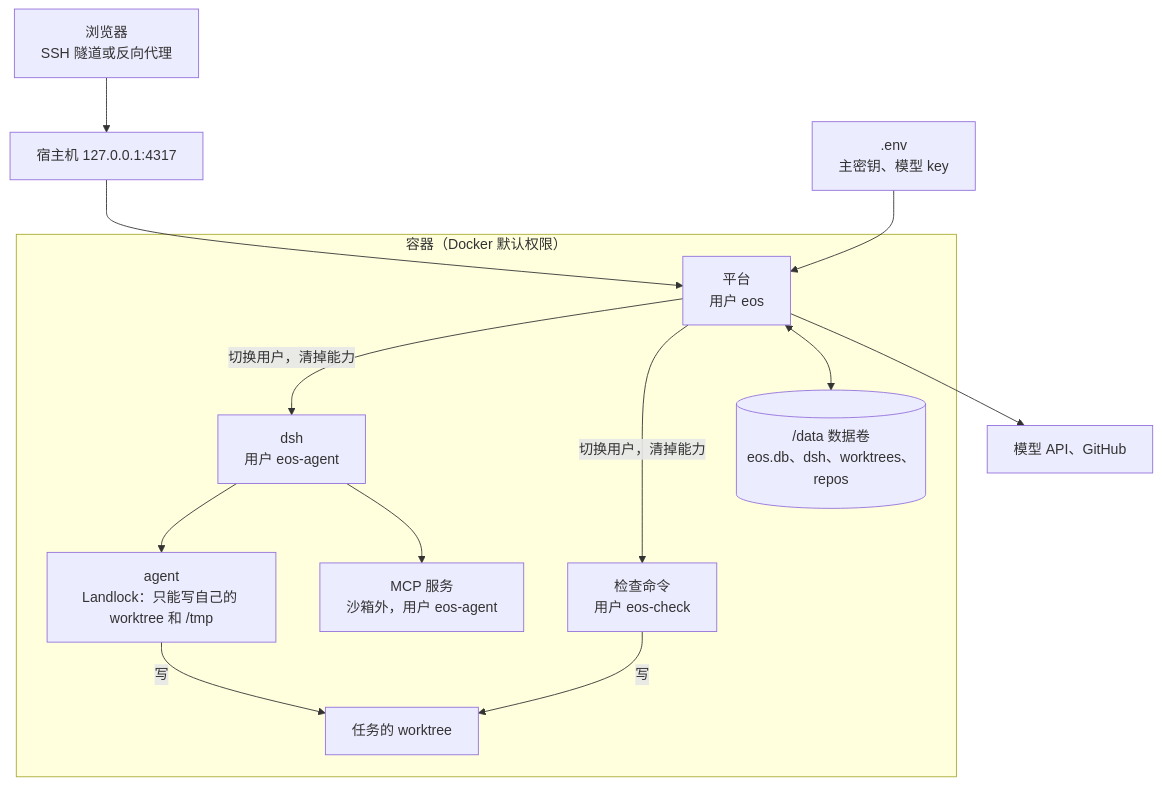
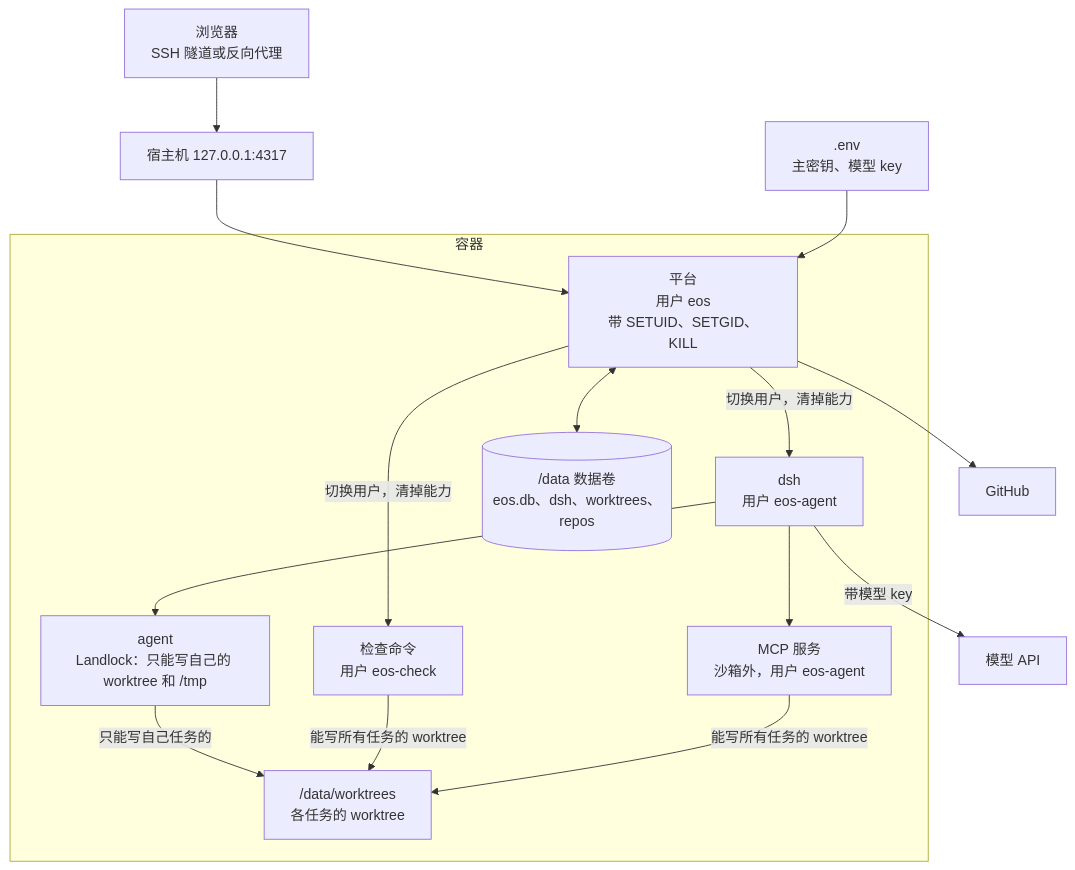
The diagram in docs/adr/006-docker-deployment.md (Izelzzz/Eos-workbench), drawn with Mermaid before and after one commit. The commit also changed other lines of this file and 6 other files, not shown here.

First line of the commit message:
ADR 架构图：按事实核对修正（模型 API 由 dsh 调用、MCP 服务读得到模型 key、检查不通过的两条路径等） (#112)

````diff
--- a/docs/adr/006-docker-deployment.md
+++ b/docs/adr/006-docker-deployment.md
@@ -29,17 +29,19 @@
 ```mermaid
 flowchart TB
   browser["浏览器<br/>SSH 隧道或反向代理"] --> port["宿主机 127.0.0.1:4317"]
   port --> plat
   envf[".env<br/>主密钥、模型 key"] --> plat
-  subgraph container["容器（Docker 默认权限）"]
-    plat["平台<br/>用户 eos"]
+  subgraph container["容器"]
+    plat["平台<br/>用户 eos<br/>带 SETUID、SETGID、KILL"]
     plat -- "切换用户，清掉能力" --> dsh["dsh<br/>用户 eos-agent"]
     plat -- "切换用户，清掉能力" --> chk["检查命令<br/>用户 eos-check"]
     dsh --> agent["agent<br/>Landlock：只能写自己的 worktree 和 /tmp"]
     dsh --> mcp["MCP 服务<br/>沙箱外，用户 eos-agent"]
     plat <--> data[("/data 数据卷<br/>eos.db、dsh、worktrees、repos")]
-    agent -- "写" --> wt["任务的 worktree"]
-    chk -- "写" --> wt
+    agent -- "只能写自己任务的" --> wt["/data/worktrees<br/>各任务的 worktree"]
+    chk -- "能写所有任务的 worktree" --> wt
+    mcp -- "能写所有任务的 worktree" --> wt
   end
-  plat --> ext["模型 API、GitHub"]
+  dsh -- "带模型 key" --> model["模型 API"]
+  plat --> gh["GitHub"]
 ```
````
